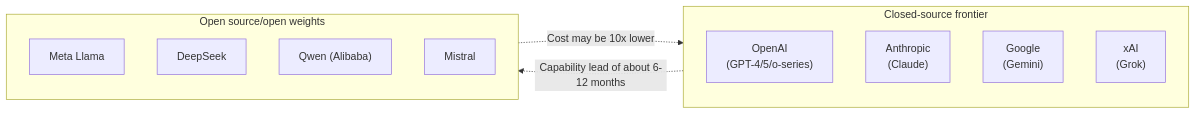
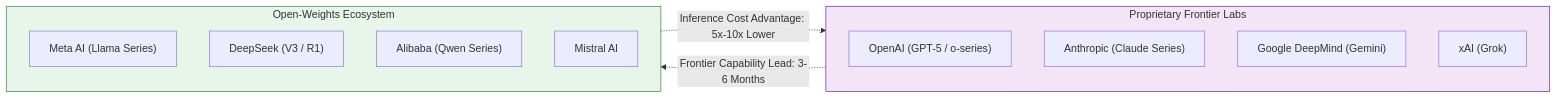
Before and after one commit to yingwang/thinking-in-llm: the seventh of 9 diagrams in en/chapters/15-future.md, drawn with Mermaid. The commit also changed other lines of this file and 31 other files, not shown here.

````diff
--- a/en/chapters/15-future.md
+++ b/en/chapters/15-future.md
@@ -300,18 +192,22 @@
 ```mermaid
 flowchart LR
-    subgraph Closed["Closed-source frontier"]
-        OAI["OpenAI<br>(GPT-4/5/o-series)"]
-        ANT["Anthropic<br>(Claude)"]
-        GG["Google<br>(Gemini)"]
-        XAI["xAI<br>(Grok)"]
-    end
-    subgraph Open["Open source/open weights"]
-        MS["Meta Llama"]
-        DS["DeepSeek"]
-        QW["Qwen (Alibaba)"]
-        Mis["Mistral"]
+    subgraph ClosedFrontier["Proprietary Frontier Labs"]
+        OAI["OpenAI (GPT-5 / o-series)"]
+        ANT["Anthropic (Claude Series)"]
+        GG["Google DeepMind (Gemini)"]
+        XAI["xAI (Grok)"]
     end
 
-    Closed -.->|"Capability lead of about 6-12 months"| Open
-    Open -.->|"Cost may be 10x lower"| Closed
+    subgraph OpenDemocratization["Open-Weights Ecosystem"]
+        META["Meta AI (Llama Series)"]
+        DS["DeepSeek (V3 / R1)"]
+        QW["Alibaba (Qwen Series)"]
+        MIS["Mistral AI"]
+    end
+
+    ClosedFrontier -.->|"Frontier Capability Lead: 3-6 Months"| OpenDemocratization
+    OpenDemocratization -.->|"Inference Cost Advantage: 5x-10x Lower"| ClosedFrontier
+
+    style ClosedFrontier fill:#f3e5f5,stroke:#6a1b9a
+    style OpenDemocratization fill:#e8f5e9,stroke:#2e7d32
 ```
````
